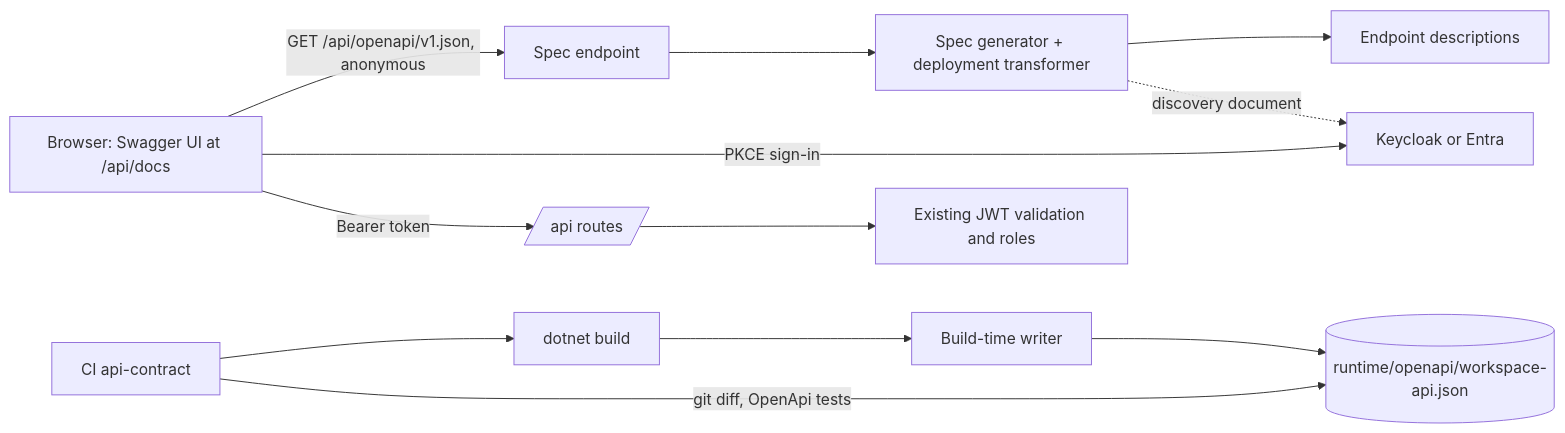
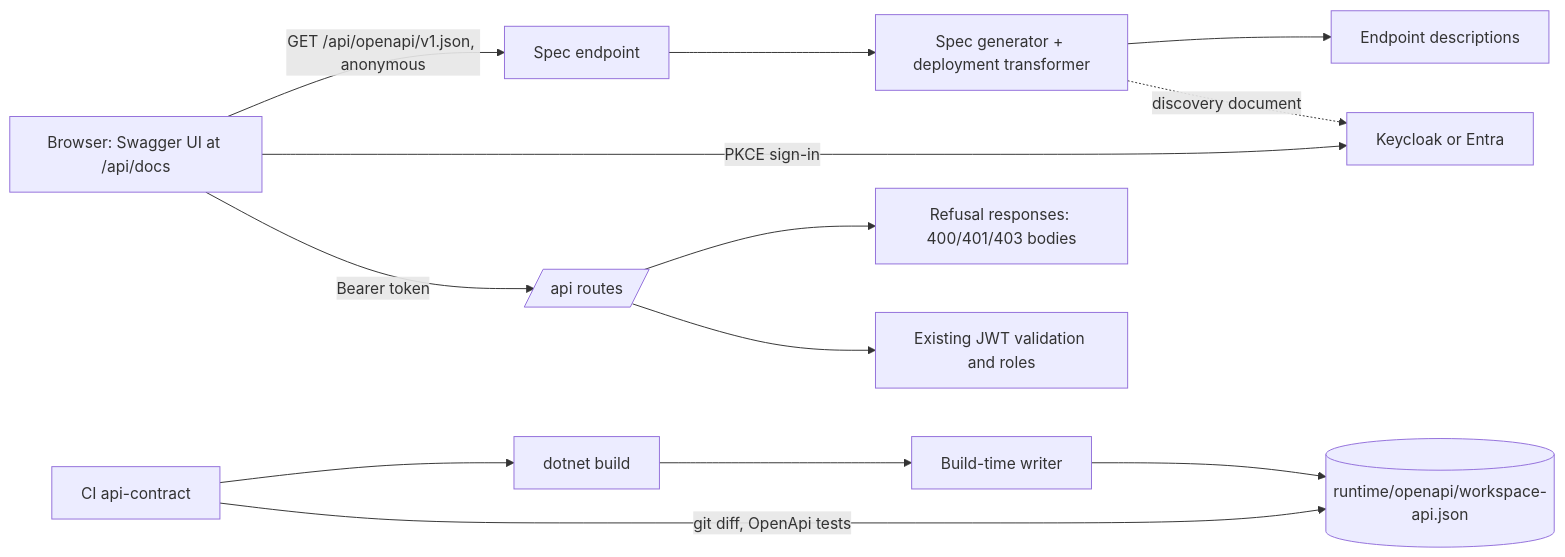
Before and after one commit to jamiemitchellconsultants/division-ontology: the diagram in docs/features/workspace-api-openapi-docs/feature.md, drawn with Mermaid. The commit also changed other lines of this file and 4 other files, not shown here.

First line of the commit message:
docs: amend architecture for servers and refusal bodies (#105)

````diff
--- a/docs/features/workspace-api-openapi-docs/feature.md
+++ b/docs/features/workspace-api-openapi-docs/feature.md
@@ -178,13 +179,14 @@
 ```mermaid
 flowchart LR
   Browser[Browser: Swagger UI at /api/docs] -->|GET /api/openapi/v1.json, anonymous| Spec[Spec endpoint]
   Browser -->|PKCE sign-in| IdP[Keycloak or Entra]
   Browser -->|Bearer token| Api[/api routes/]
   Spec --> Gen[Spec generator + deployment transformer]
   Gen --> Desc[Endpoint descriptions]
+  Api --> Refuse[Refusal responses: 400/401/403 bodies]
   Gen -.discovery document.-> IdP
   Api --> Auth[Existing JWT validation and roles]
   Build[dotnet build] --> Writer[Build-time writer] --> File[(runtime/openapi/workspace-api.json)]
   CI[CI api-contract] --> Build
   CI -->|git diff, OpenApi tests| File
 ```
````
